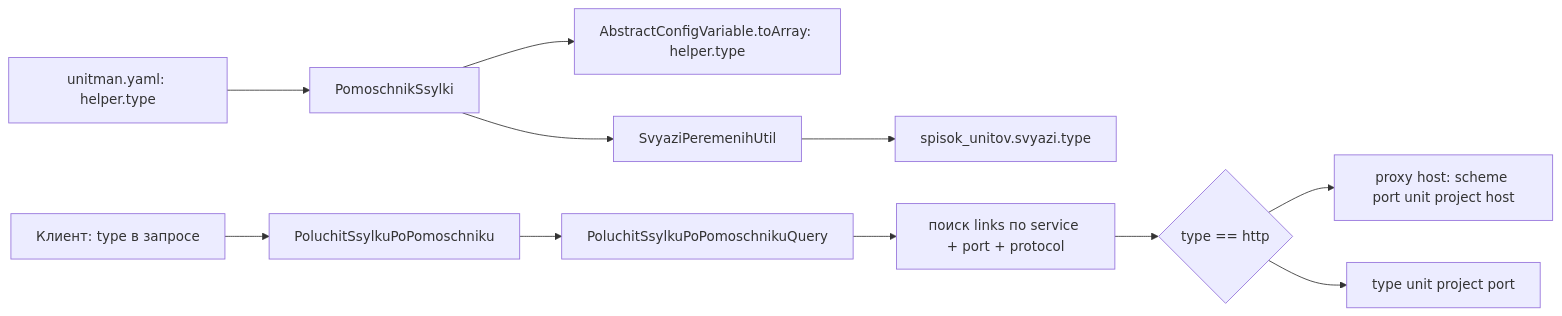
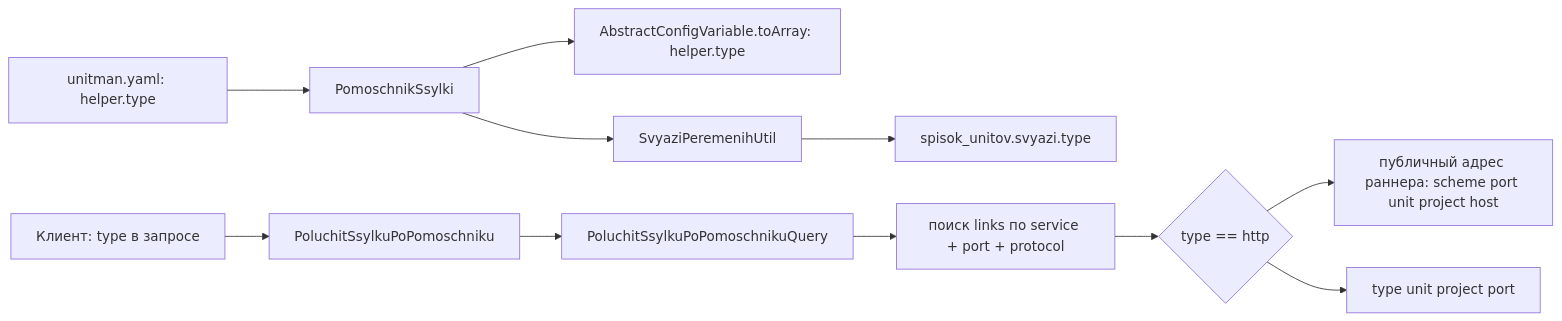
Before and after one commit to asdozzz/unitman: the diagram in plans/helper-type-protocol.md, drawn with Mermaid. The commit also changed other lines of this file and 278 other files, not shown here.

````diff
--- a/plans/helper-type-protocol.md
+++ b/plans/helper-type-protocol.md
@@ -100,13 +100,13 @@
 ```mermaid
 flowchart LR
   A[unitman.yaml: helper.type] --> B[PomoschnikSsylki]
   B --> C[AbstractConfigVariable.toArray: helper.type]
   B --> D[SvyaziPeremenihUtil]
   D --> E[spisok_unitov.svyazi.type]
   F[Клиент: type в запросе] --> G[PoluchitSsylkuPoPomoschniku]
   G --> H[PoluchitSsylkuPoPomoschnikuQuery]
   H --> I[поиск links по service + port + protocol]
   I --> J{type == http}
-  J --> K[proxy host: scheme port unit project host]
+  J --> K[публичный адрес раннера: scheme port unit project host]
   J --> L[type unit project port]
 ```
````
